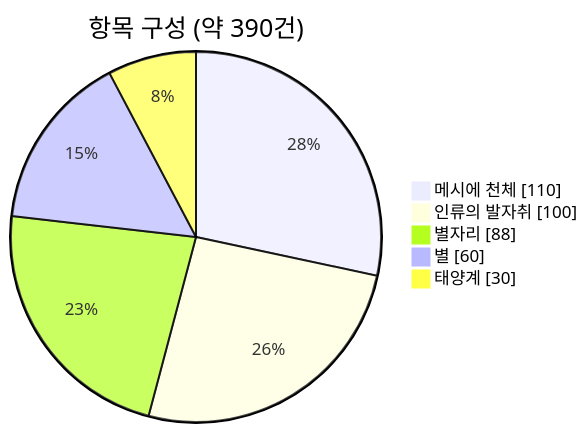
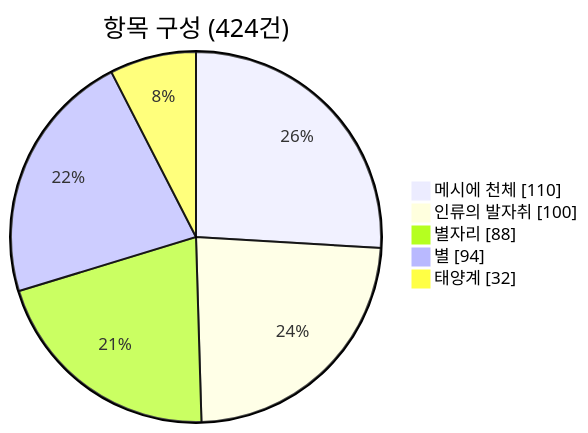
The second of 7 diagrams in docs/01_project_plan.md (bnbong/VastHorizon), drawn with Mermaid before and after one commit. The commit also changed other lines of this file and 16 other files, not shown here.

````diff
--- a/docs/01_project_plan.md
+++ b/docs/01_project_plan.md
@@ -143,9 +143,9 @@
 ```mermaid
 pie showData
-    title 항목 구성 (약 390건)
+    title 항목 구성 (424건)
     "메시에 천체" : 110
     "인류의 발자취" : 100
     "별자리" : 88
-    "별" : 60
-    "태양계" : 30
+    "별" : 94
+    "태양계" : 32
 ```
````
